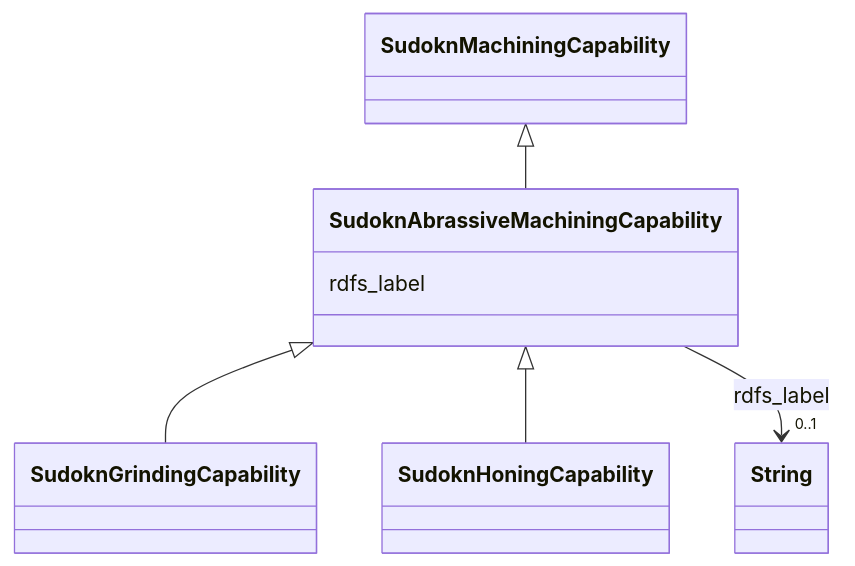
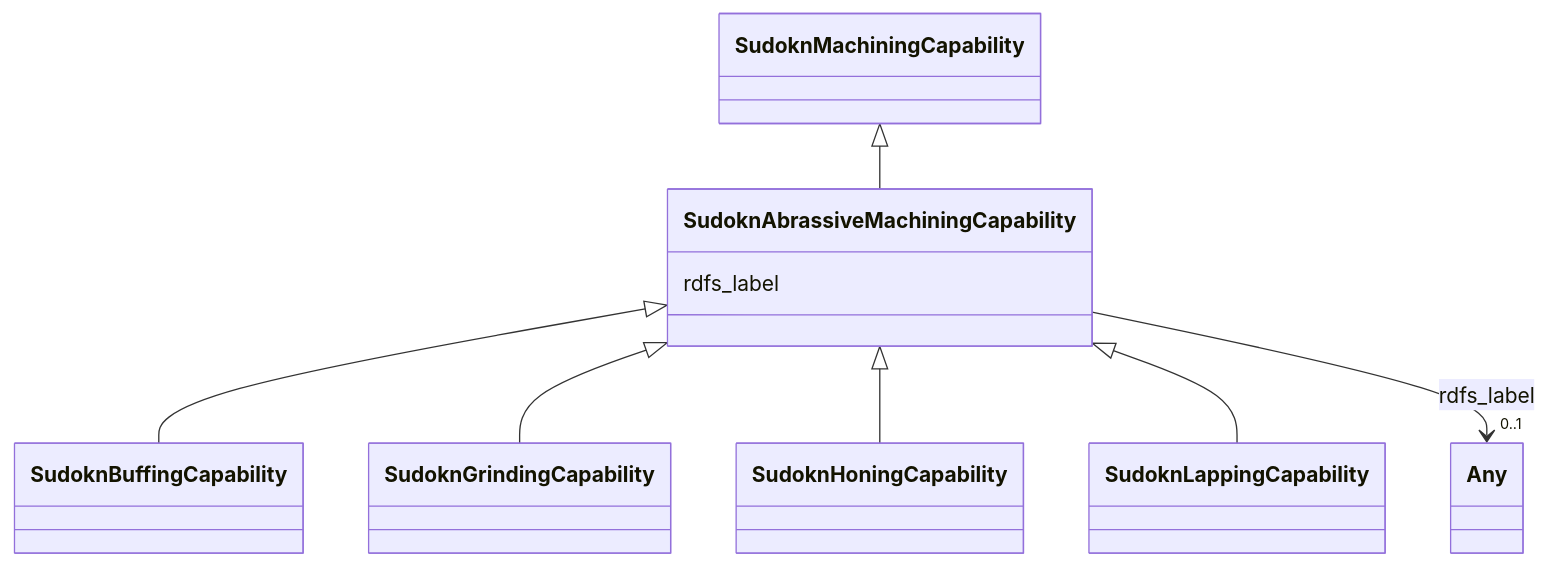
One commit to frink-okn/graph-descriptions changed the diagram in sudokn-kg/classes/SudoknAbrassiveMachiningCapability.md. Above: the diagram before and after it, drawn with Mermaid. The commit also changed other lines of this file and 903 other files, not shown here.

````diff
--- a/sudokn-kg/classes/SudoknAbrassiveMachiningCapability.md
+++ b/sudokn-kg/classes/SudoknAbrassiveMachiningCapability.md
@@ -23,25 +16,29 @@
 ```mermaid
  classDiagram
     class SudoknAbrassiveMachiningCapability
     click SudoknAbrassiveMachiningCapability href "../SudoknAbrassiveMachiningCapability"
       SudoknMachiningCapability <|-- SudoknAbrassiveMachiningCapability
         click SudoknMachiningCapability href "../SudoknMachiningCapability"
       
 
+      SudoknAbrassiveMachiningCapability <|-- SudoknBuffingCapability
+        click SudoknBuffingCapability href "../SudoknBuffingCapability"
       SudoknAbrassiveMachiningCapability <|-- SudoknGrindingCapability
         click SudoknGrindingCapability href "../SudoknGrindingCapability"
       SudoknAbrassiveMachiningCapability <|-- SudoknHoningCapability
         click SudoknHoningCapability href "../SudoknHoningCapability"
+      SudoknAbrassiveMachiningCapability <|-- SudoknLappingCapability
+        click SudoknLappingCapability href "../SudoknLappingCapability"
       
       
       SudoknAbrassiveMachiningCapability : rdfs_label
         
           
     
     
-    SudoknAbrassiveMachiningCapability --> "0..1" String : rdfs_label
-    click String href "../String"
+    SudoknAbrassiveMachiningCapability --> "0..1" Any : rdfs_label
+    click Any href "../Any"
 
         
       
 ```
````
